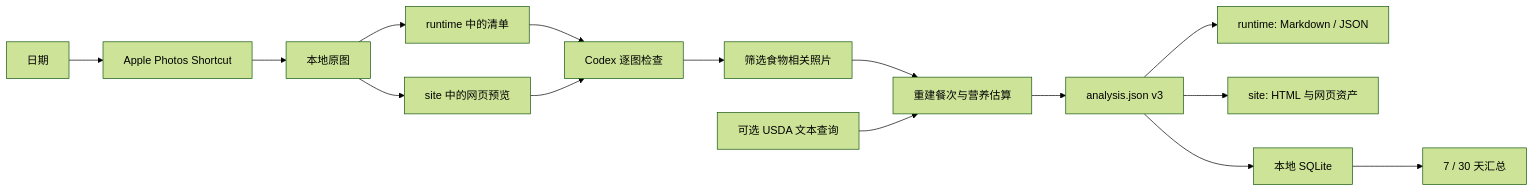
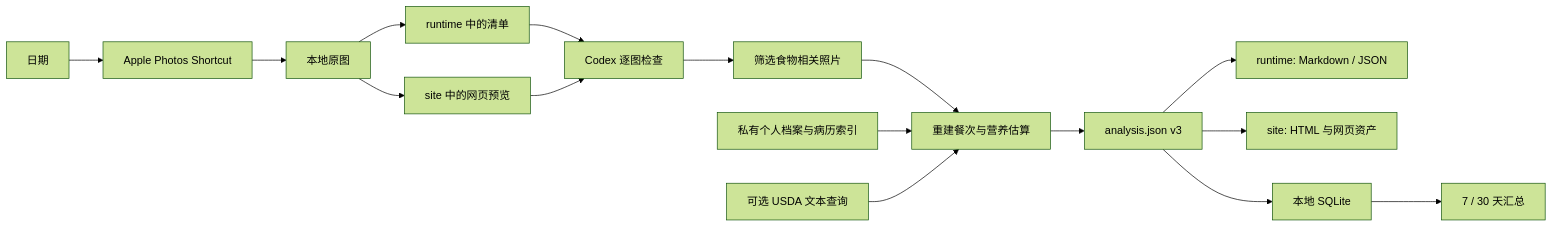
The diagram in README.zh-CN.md (imathwy/health), drawn with Mermaid (forest theme) before and after one commit. The commit also changed other lines of this file and 26 other files, not shown here.

````diff
--- a/README.zh-CN.md
+++ b/README.zh-CN.md
@@ -7,17 +7,18 @@
 ```mermaid
 flowchart LR
     A[日期] --> B[Apple Photos Shortcut]
     B --> C[本地原图]
     C --> D[runtime 中的清单]
     C --> P[site 中的网页预览]
     D --> E[Codex 逐图检查]
     P --> E
     E --> S[筛选食物相关照片]
     S --> N[重建餐次与营养估算]
+    X[私有个人档案与病历索引] --> N
     U[可选 USDA 文本查询] --> N
     N --> F[analysis.json v3]
     F --> G[runtime: Markdown / JSON]
     F --> W[site: HTML 与网页资产]
     F --> H[本地 SQLite]
     H --> I[7 / 30 天汇总]
 ```
````
